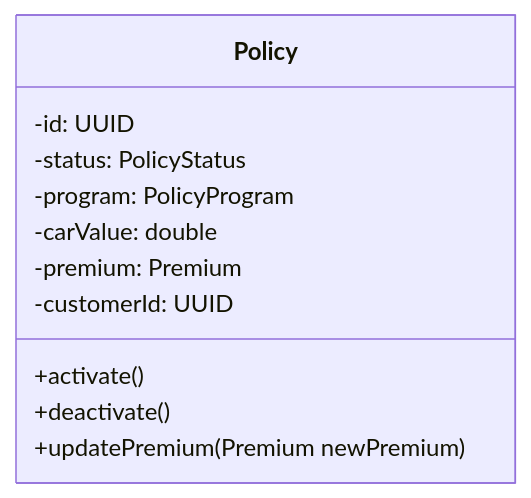
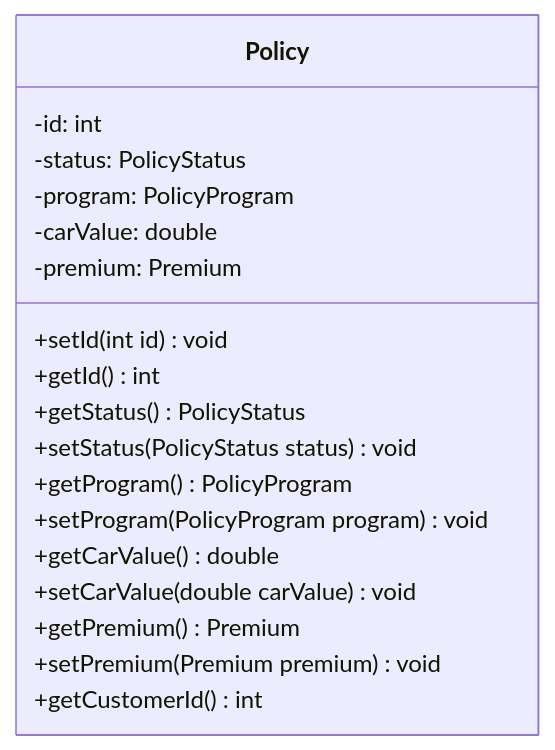
Before and after one commit to SirSimon04/clean-car-insurance: the third of 6 diagrams in Autoversicherung.md, drawn with Mermaid. The commit also changed other lines of this file, not shown here.

````diff
--- a/Autoversicherung.md
+++ b/Autoversicherung.md
@@ -182,14 +155,22 @@
 ```mermaid
 classDiagram
 class Policy {
-  -id: UUID
+  -id: int
   -status: PolicyStatus
   -program: PolicyProgram
-  -carValue: double 
-  -premium: Premium 
-  -customerId: UUID 
-  +activate()
-  +deactivate()
-  +updatePremium(Premium newPremium)
+  -carValue: double
+  -premium: Premium  
+  +setId(int id) void
+  +getId() int
+  +getStatus() PolicyStatus
+  +setStatus(PolicyStatus status) void
+  +getProgram() PolicyProgram
+  +setProgram(PolicyProgram program) void
+  +getCarValue() double
+  +setCarValue(double carValue) void
+  +getPremium() Premium
+  +setPremium(Premium premium) void
+  +getCustomerId() int
 }
+
 ```
````
